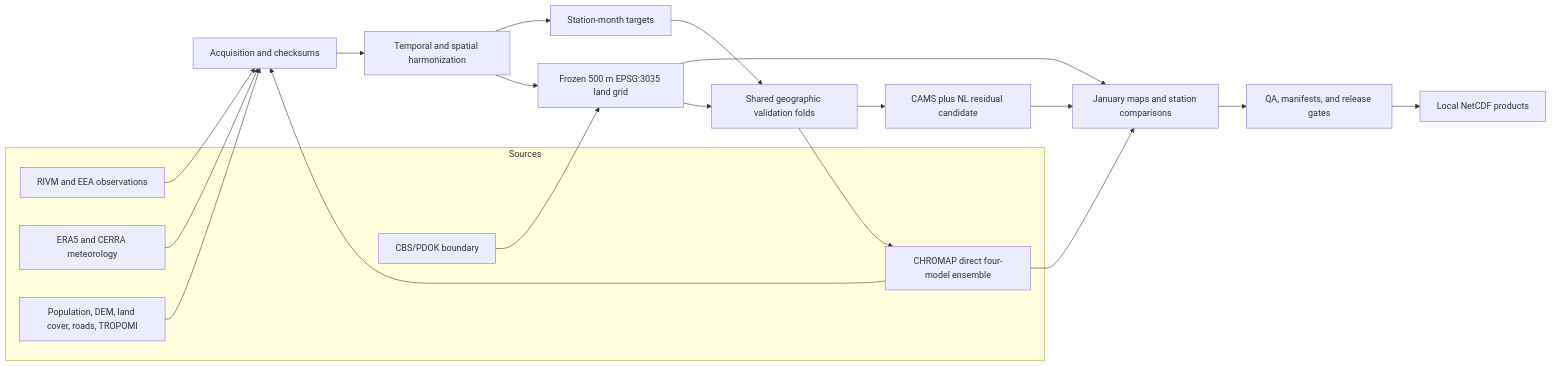
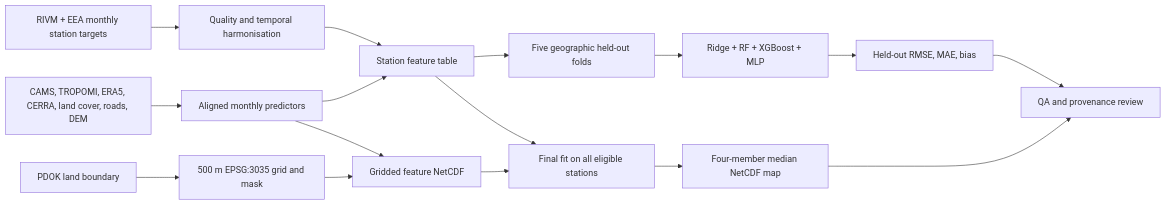
Before and after one commit to athithyai/NL-chromap: the diagram in docs/ARCHITECTURE.md, drawn with Mermaid. The commit also changed other lines of this file and 58 other files, not shown here.

Commit message:
Publish CHROMAP-only monthly adaptation and Dutch validation maps

````diff
--- a/docs/ARCHITECTURE.md
+++ b/docs/ARCHITECTURE.md
@@ -10,38 +8,18 @@
 ```mermaid
 flowchart LR
-    subgraph Sources
-      R[RIVM and EEA observations]
-      C[CAMS reanalysis]
-      E[ERA5 and CERRA meteorology]
-      S[Population, DEM, land cover, roads, TROPOMI]
-      B[CBS/PDOK boundary]
-    end
-    A[Acquisition and checksums]
-    H[Temporal and spatial harmonization]
-    G[Frozen 500 m EPSG:3035 land grid]
-    T[Station-month targets]
-    V[Shared geographic validation folds]
-    C[CHROMAP direct four-model ensemble]
-    M[CAMS plus NL residual candidate]
-    P[January maps and station comparisons]
-    Q[QA, manifests, and release gates]
-    N[Local NetCDF products]
-
-    R --> A
-    C --> A
-    E --> A
-    S --> A
-    B --> G
-    A --> H
-    H --> G
-    H --> T
-    T --> V
-    G --> V
-    V --> C
-    V --> M
-    C --> P
-    M --> P
-    G --> P
-    P --> Q
-    Q --> N
+  A[RIVM + EEA monthly station targets] --> H[Quality and temporal harmonisation]
+  B[CAMS, TROPOMI, ERA5, CERRA, land cover, roads, DEM] --> F[Aligned monthly predictors]
+  C[PDOK land boundary] --> G[500 m EPSG:3035 grid and mask]
+  H --> T[Station feature table]
+  F --> T
+  F --> R[Gridded feature NetCDF]
+  G --> R
+  T --> V[Five geographic held-out folds]
+  V --> E[Ridge + RF + XGBoost + MLP]
+  E --> S[Held-out RMSE, MAE, bias]
+  T --> E2[Final fit on all eligible stations]
+  R --> E2
+  E2 --> M[Four-member median NetCDF map]
+  S --> Q[QA and provenance review]
+  M --> Q
 ```
````
